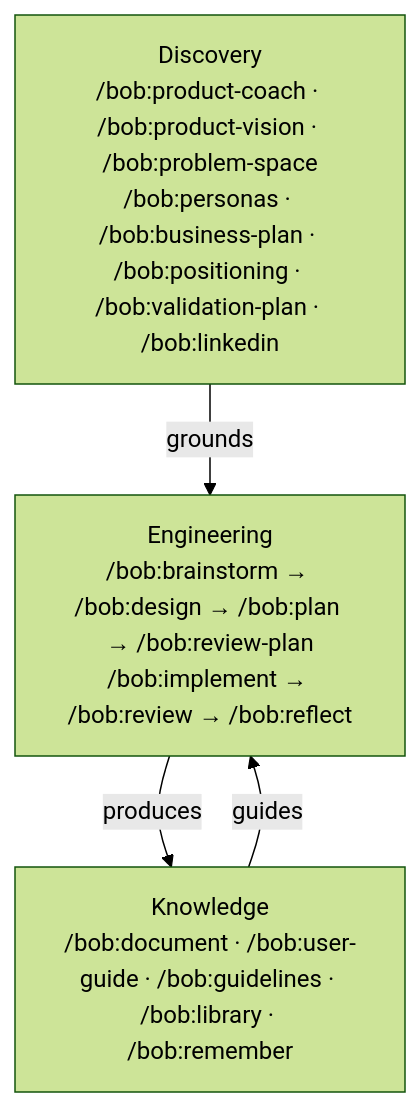
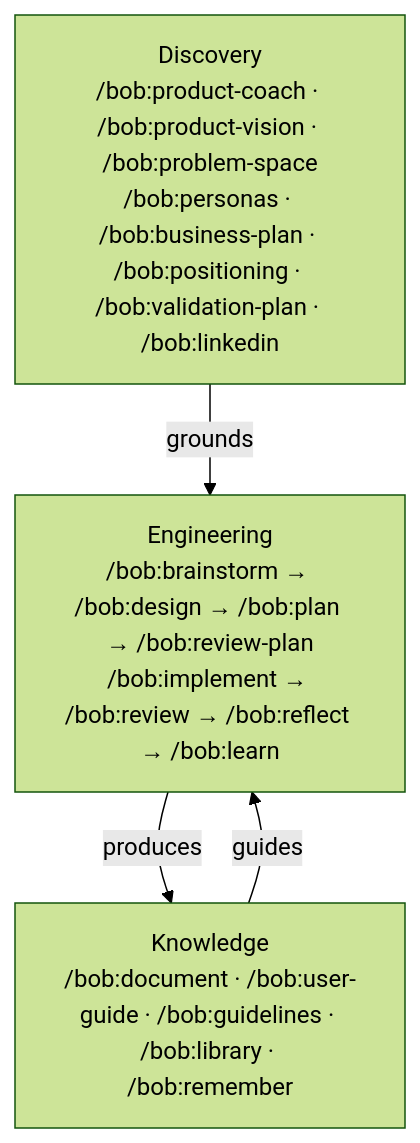
The diagram in README.md (bofrese/bob), drawn with Mermaid (forest theme) before and after one commit. The commit also changed other lines of this file and 17 other files, not shown here.

````diff
--- a/README.md
+++ b/README.md
@@ -56,10 +56,10 @@
 ```mermaid
 graph TD
     D["Discovery<br/>/bob:product-coach · /bob:product-vision · /bob:problem-space<br/>/bob:personas · /bob:business-plan · /bob:positioning · /bob:validation-plan · /bob:linkedin"]
-    E["Engineering<br/>/bob:brainstorm → /bob:design → /bob:plan → /bob:review-plan<br/>/bob:implement → /bob:review → /bob:reflect"]
+    E["Engineering<br/>/bob:brainstorm → /bob:design → /bob:plan → /bob:review-plan<br/>/bob:implement → /bob:review → /bob:reflect → /bob:learn"]
     K["Knowledge<br/>/bob:document · /bob:user-guide · /bob:guidelines · /bob:library · /bob:remember"]
 
     D -->|grounds| E
     E -->|produces| K
     K -->|guides| E
 ```
````
